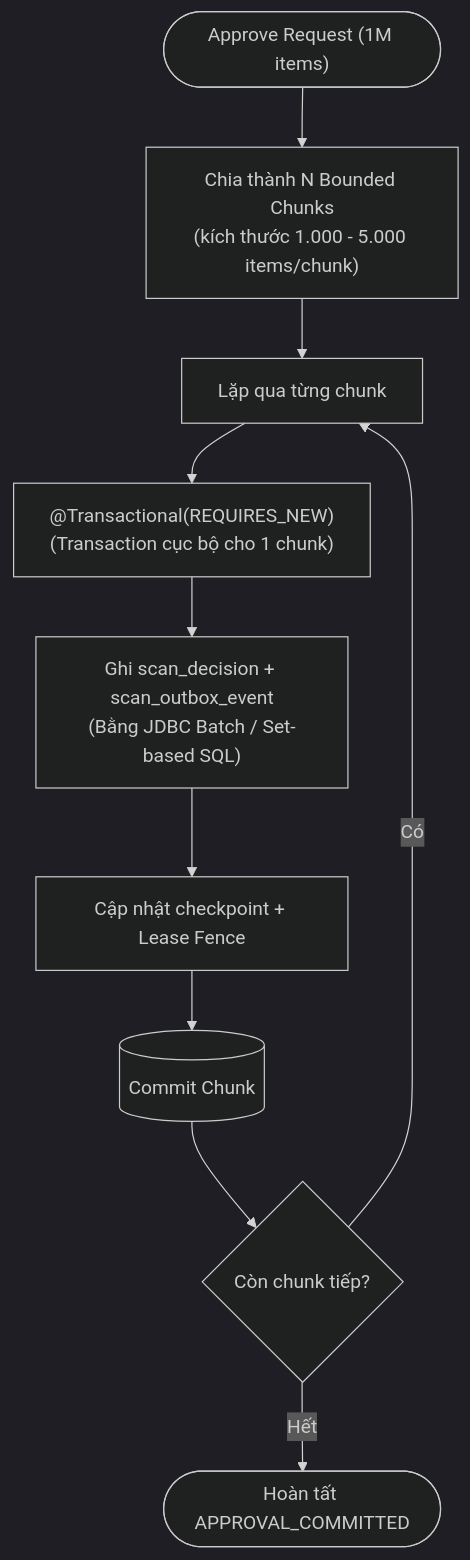
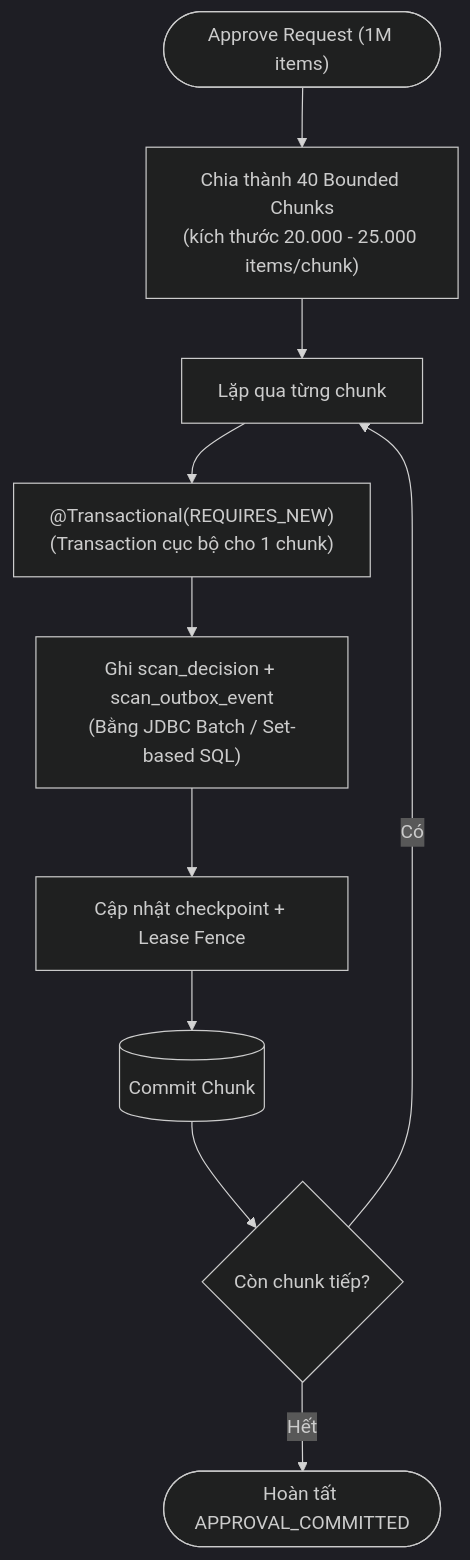
The diagram in manual/learning/use-cases/scale-capacity/sc-01-scan-one-million-filesystem-entry/references/ref-bt09b-scan-decision-chunking.md (HungPhan200591/file-mngt-be-v2), drawn with Mermaid (dark theme) before and after one commit. The commit also changed other lines of this file and 4 other files, not shown here.

Commit message:
feat(documentation): update chunk size references to 25,000 items for BT-09B and related analyses

````diff
--- a/manual/learning/use-cases/scale-capacity/sc-01-scan-one-million-filesystem-entry/references/ref-bt09b-scan-decision-chunking.md
+++ b/manual/learning/use-cases/scale-capacity/sc-01-scan-one-million-filesystem-entry/references/ref-bt09b-scan-decision-chunking.md
@@ -17,12 +18,12 @@
 ```mermaid
 flowchart TD
-    REQ(["Approve Request (1M items)"]) --> SPLIT["Chia thành N Bounded Chunks<br/>(kích thước 1.000 - 5.000 items/chunk)"]
+    REQ(["Approve Request (1M items)"]) --> SPLIT["Chia thành 40 Bounded Chunks<br/>(kích thước 20.000 - 25.000 items/chunk)"]
     SPLIT --> LOOP["Lặp qua từng chunk"]
     LOOP --> TX["@Transactional(REQUIRES_NEW)<br/>(Transaction cục bộ cho 1 chunk)"]
     TX --> SET_SQL["Ghi scan_decision + scan_outbox_event<br/>(Bằng JDBC Batch / Set-based SQL)"]
     SET_SQL --> FENCE["Cập nhật checkpoint + Lease Fence"]
     FENCE --> COMMIT[("Commit Chunk")]
     COMMIT --> NEXT{"Còn chunk tiếp?"}
     NEXT -->|Có| LOOP
     NEXT -->|Hết| DONE(["Hoàn tất APPROVAL_COMMITTED"])
 ```
````
